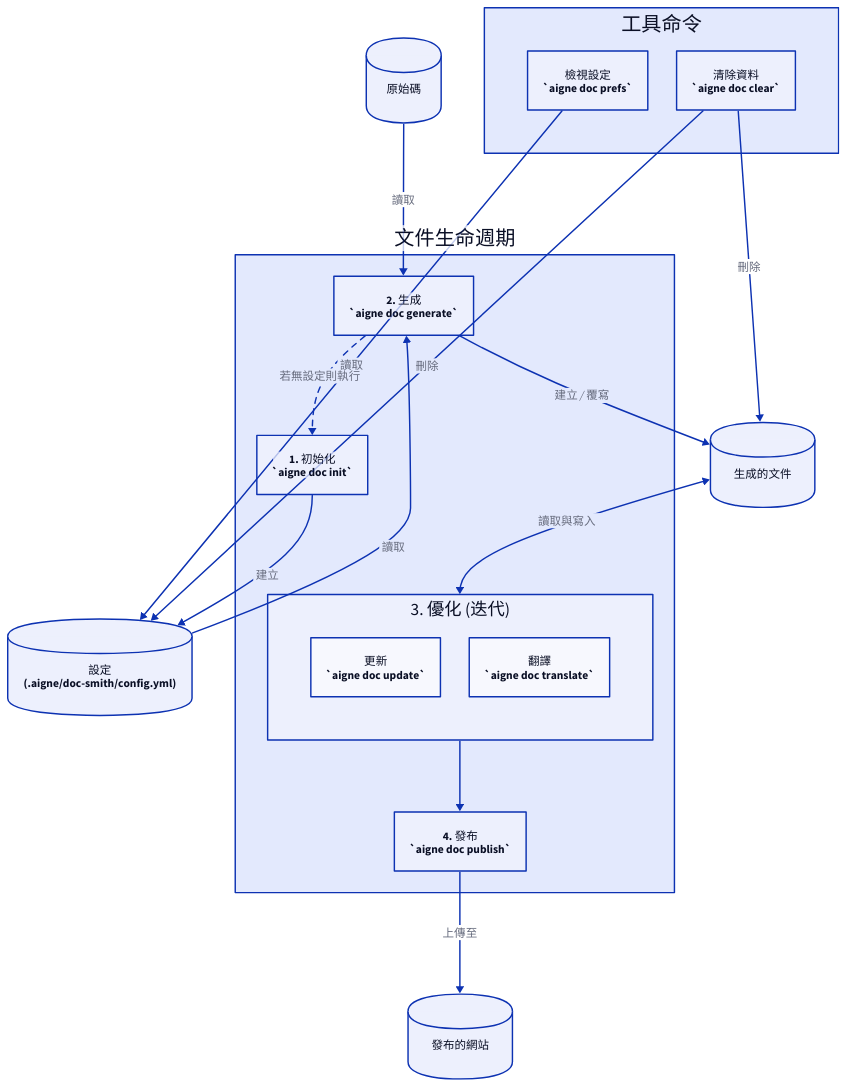
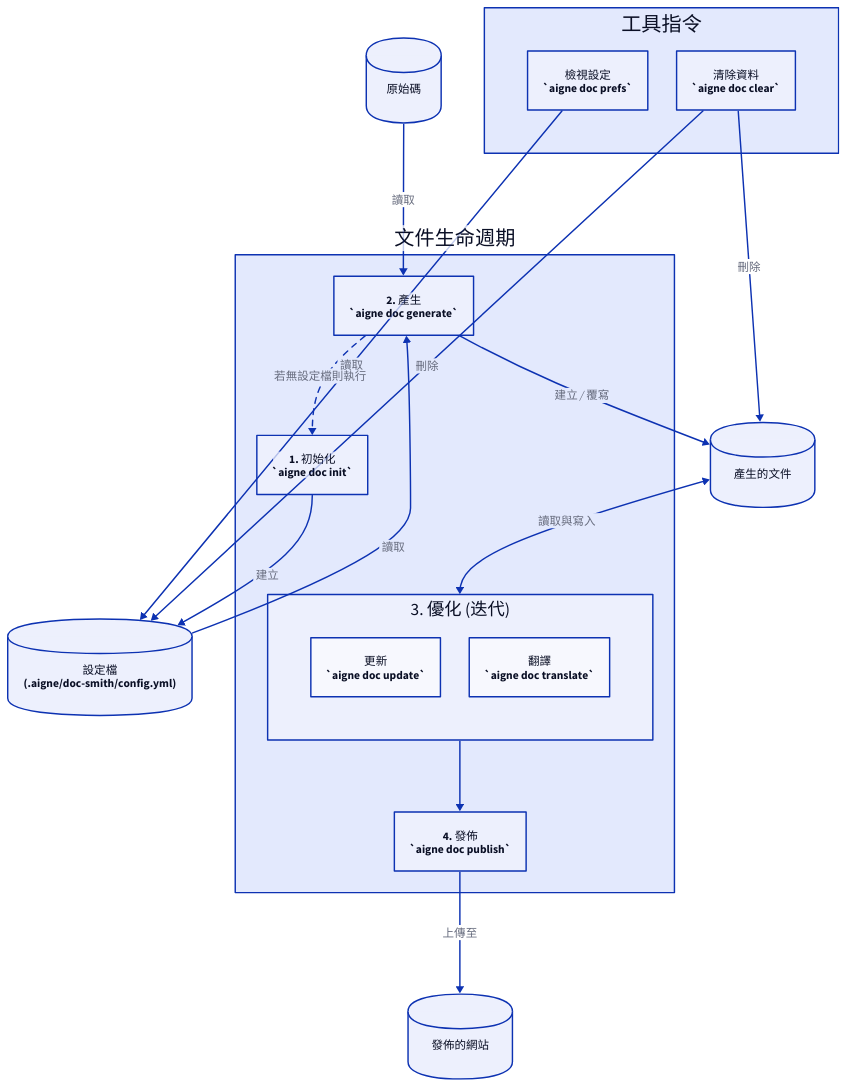
The diagram in docs/cli-reference.zh-TW.md (AIGNE-io/aigne-doc-smith), drawn with D2 before and after one commit. The commit also changed other lines of this file and 65 other files, not shown here.

````diff
--- a/docs/cli-reference.zh-TW.md
+++ b/docs/cli-reference.zh-TW.md
@@ -15,25 +15,25 @@
 ```d2
 direction: down
 
-# 產物
+# Artifacts
 Source-Code: {
   label: "原始碼"
   shape: cylinder
 }
 Configuration: {
-  label: "設定\n(.aigne/doc-smith/config.yml)"
+  label: "設定檔\n(.aigne/doc-smith/config.yml)"
   shape: cylinder
 }
 Generated-Docs: {
-  label: "生成的文件"
+  label: "產生的文件"
   shape: cylinder
 }
 Published-Docs: {
-  label: "發布的網站"
+  label: "發佈的網站"
   shape: cylinder
 }
 
-# --- 核心工作流程 ---
+# --- Core Workflow ---
 Lifecycle: {
   label: "文件生命週期"
   
@@ -43,7 +43,7 @@
   }
 
   generate: {
-    label: "2. 生成\n`aigne doc generate`"
+    label: "2. 產生\n`aigne doc generate`"
     shape: rectangle
   }
 
@@ -62,14 +62,14 @@
   }
 
   publish: {
-    label: "4. 發布\n`aigne doc publish`"
+    label: "4. 發佈\n`aigne doc publish`"
     shape: rectangle
   }
 }
 
-# --- 工具命令 ---
+# --- Utility Commands ---
 Utilities: {
-  label: "工具命令"
+  label: "工具指令"
   grid-columns: 2
   
   prefs: {
@@ -83,26 +83,26 @@
 }
 
 
-# --- 連接 ---
+# --- Connections ---
 
-# 設定與生成
+# Setup and Generation
 Lifecycle.init -> Configuration: "建立"
 Source-Code -> Lifecycle.generate: "讀取"
 Configuration -> Lifecycle.generate: "讀取"
 Lifecycle.generate -> Generated-Docs: "建立 / 覆寫"
 Lifecycle.generate -> Lifecycle.init: {
-  label: "若無設定則執行"
+  label: "若無設定檔則執行"
   style.stroke-dash: 4
 }
 
-# 優化迴圈
+# Refinement Loop
 Generated-Docs <-> Lifecycle.Refinement: "讀取與寫入"
 
-# 發布
+# Publishing
 Lifecycle.Refinement -> Lifecycle.publish
 Lifecycle.publish -> Published-Docs: "上傳至"
 
-# 工具連接
+# Utility Connections
 Utilities.prefs -> Configuration: "讀取"
 Utilities.clear -> Configuration: "刪除"
 Utilities.clear -> Generated-Docs: "刪除"
````
